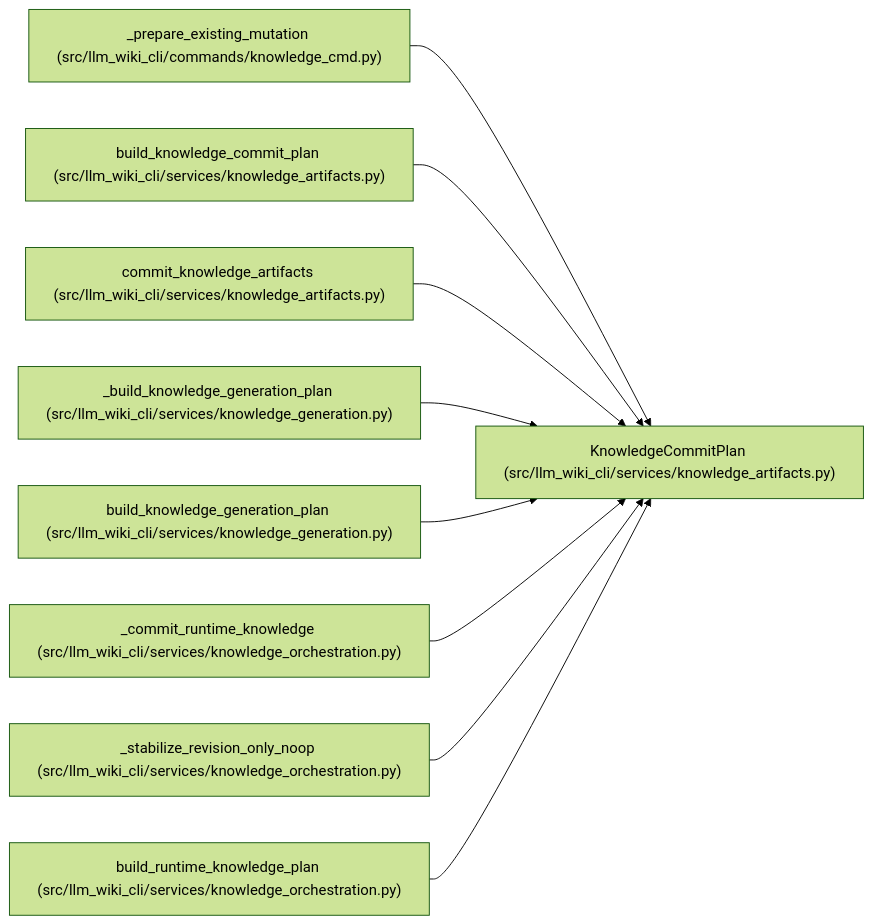
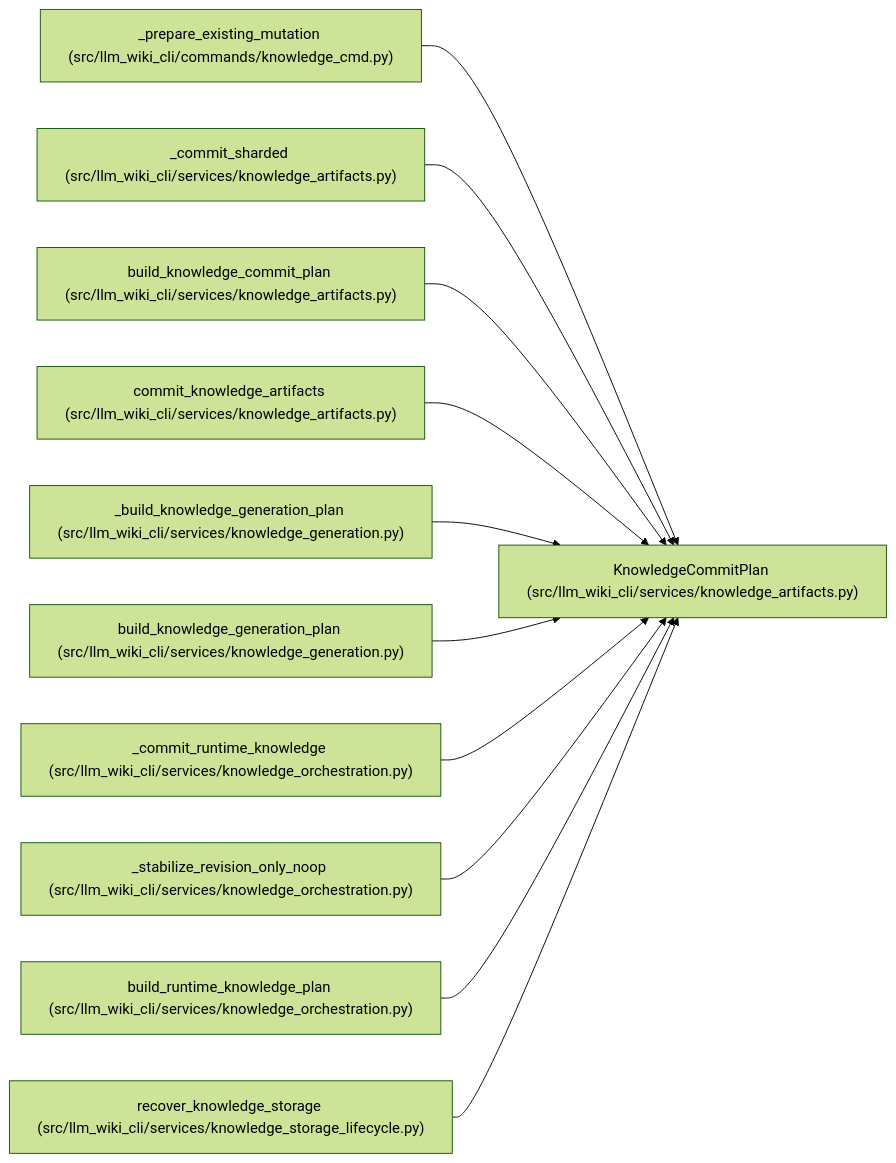
One commit to Denissvgn/python-wiki-llm changed the diagram in docs/llm_wiki/entities/KnowledgeCommitPlan.md. Above: the diagram before and after it, drawn with Mermaid (forest theme). The commit also changed other lines of this file and 865 other files, not shown here.

First line of the commit message:
Add native task workflows and scalable indexed knowledge storage (#35)

````diff
--- a/docs/llm_wiki/entities/KnowledgeCommitPlan.md
+++ b/docs/llm_wiki/entities/KnowledgeCommitPlan.md
@@ -33,29 +35,35 @@
 ```mermaid
 flowchart LR
     n0["KnowledgeCommitPlan (src/llm_wiki_cli/services/knowledge_artifacts.py)"]
     n1["_prepare_existing_mutation (src/llm_wiki_cli/commands/knowledge_cmd.py)"]
-    n2["build_knowledge_commit_plan (src/llm_wiki_cli/services/knowledge_artifacts.py)"]
-    n3["commit_knowledge_artifacts (src/llm_wiki_cli/services/knowledge_artifacts.py)"]
-    n4["_build_knowledge_generation_plan (src/llm_wiki_cli/services/knowledge_generation.py)"]
-    n5["build_knowledge_generation_plan (src/llm_wiki_cli/services/knowledge_generation.py)"]
-    n6["_commit_runtime_knowledge (src/llm_wiki_cli/services/knowledge_orchestration.py)"]
-    n7["_stabilize_revision_only_noop (src/llm_wiki_cli/services/knowledge_orchestration.py)"]
-    n8["build_runtime_knowledge_plan (src/llm_wiki_cli/services/knowledge_orchestration.py)"]
+    n2["_commit_sharded (src/llm_wiki_cli/services/knowledge_artifacts.py)"]
+    n3["build_knowledge_commit_plan (src/llm_wiki_cli/services/knowledge_artifacts.py)"]
+    n4["commit_knowledge_artifacts (src/llm_wiki_cli/services/knowledge_artifacts.py)"]
+    n5["_build_knowledge_generation_plan (src/llm_wiki_cli/services/knowledge_generation.py)"]
+    n6["build_knowledge_generation_plan (src/llm_wiki_cli/services/knowledge_generation.py)"]
+    n7["_commit_runtime_knowledge (src/llm_wiki_cli/services/knowledge_orchestration.py)"]
+    n8["_stabilize_revision_only_noop (src/llm_wiki_cli/services/knowledge_orchestration.py)"]
+    n9["build_runtime_knowledge_plan (src/llm_wiki_cli/services/knowledge_orchestration.py)"]
+    n10["recover_knowledge_storage (src/llm_wiki_cli/services/knowledge_storage_lifecycle.py)"]
     n1 --> n0
     n2 --> n0
     n3 --> n0
     n4 --> n0
     n5 --> n0
     n6 --> n0
     n7 --> n0
     n8 --> n0
+    n9 --> n0
+    n10 --> n0
     click n0 "../modules/knowledge_artifacts.md"
     click n1 "../modules/knowledge_cmd.md"
     click n2 "../modules/knowledge_artifacts.md"
     click n3 "../modules/knowledge_artifacts.md"
-    click n4 "../modules/knowledge_generation.md"
+    click n4 "../modules/knowledge_artifacts.md"
     click n5 "../modules/knowledge_generation.md"
-    click n6 "../modules/knowledge_orchestration.md"
+    click n6 "../modules/knowledge_generation.md"
     click n7 "../modules/knowledge_orchestration.md"
     click n8 "../modules/knowledge_orchestration.md"
+    click n9 "../modules/knowledge_orchestration.md"
+    click n10 "../modules/knowledge_storage_lifecycle.md"
 ```
````
